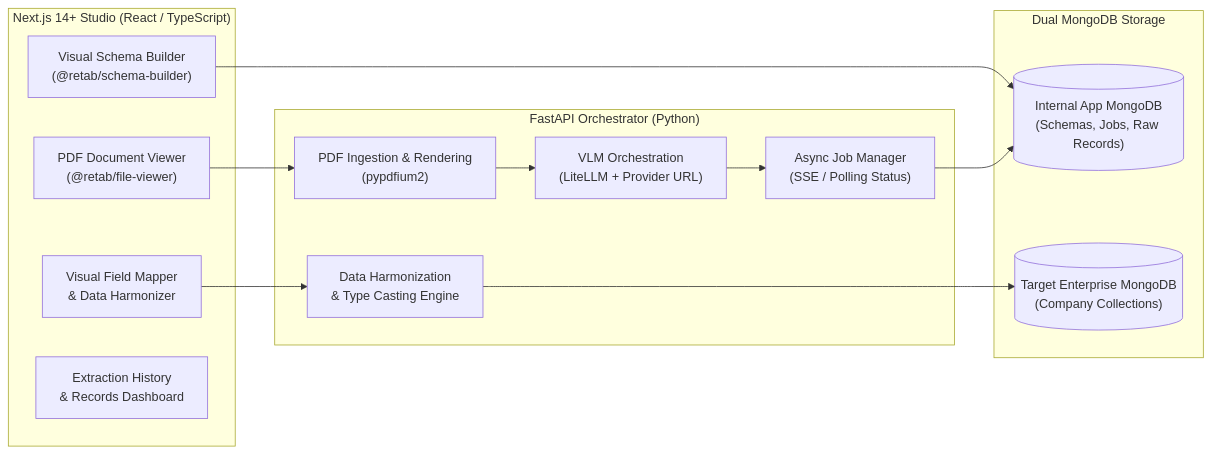
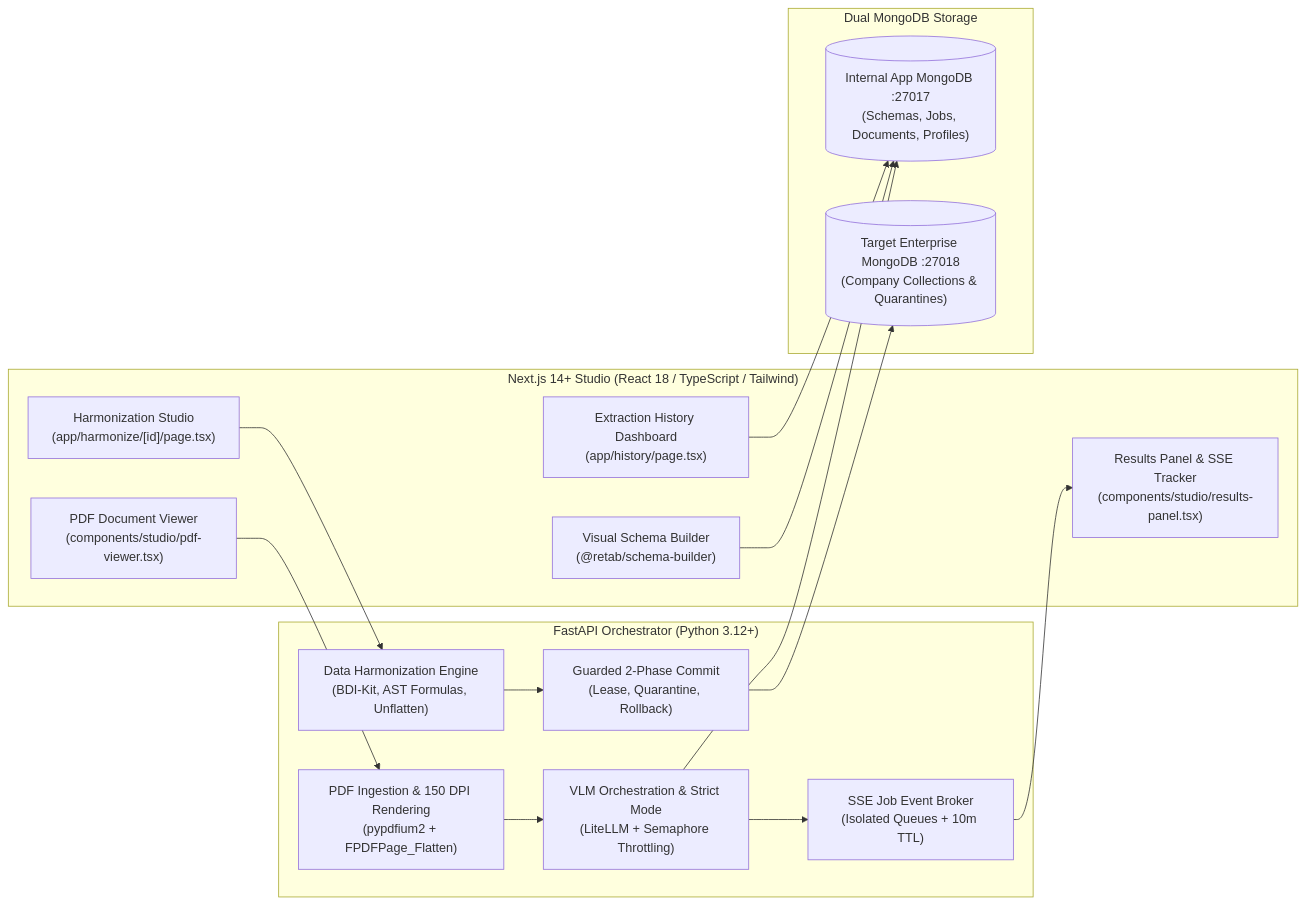
One commit to GianmarcoFossato/Hamon changed the first of 3 diagrams in docs/Master Architecture spec.md. Above: the diagram before and after it, drawn with Mermaid. The commit also changed other lines of this file and 38 other files, not shown here.

````diff
--- a/docs/Master Architecture spec.md
+++ b/docs/Master Architecture spec.md
@@ -7,29 +7,34 @@
 ```mermaid
 flowchart LR
-    subgraph Frontend["Next.js 14+ Studio (React / TypeScript)"]
-        UI_Viewer["PDF Document Viewer\n(@retab/file-viewer)"]
+    subgraph Frontend["Next.js 14+ Studio (React 18 / TypeScript / Tailwind)"]
+        UI_Viewer["PDF Document Viewer\n(components/studio/pdf-viewer.tsx)"]
         UI_Builder["Visual Schema Builder\n(@retab/schema-builder)"]
-        UI_Harmonizer["Visual Field Mapper\n& Data Harmonizer"]
-        UI_History["Extraction History\n& Records Dashboard"]
+        UI_Results["Results Panel & SSE Tracker\n(components/studio/results-panel.tsx)"]
+        UI_Harmonizer["Harmonization Studio\n(app/harmonize/[id]/page.tsx)"]
+        UI_History["Extraction History Dashboard\n(app/history/page.tsx)"]
     end
 
-    subgraph Backend["FastAPI Orchestrator (Python)"]
-        API_PDF["PDF Ingestion & Rendering\n(pypdfium2)"]
-        API_LLM["VLM Orchestration\n(LiteLLM + Provider URL)"]
-        API_Harmonize["Data Harmonization\n& Type Casting Engine"]
-        API_Queue["Async Job Manager\n(SSE / Polling Status)"]
+    subgraph Backend["FastAPI Orchestrator (Python 3.12+)"]
+        API_PDF["PDF Ingestion & 150 DPI Rendering\n(pypdfium2 + FPDFPage_Flatten)"]
+        API_LLM["VLM Orchestration & Strict Mode\n(LiteLLM + Semaphore Throttling)"]
+        API_SSE["SSE Job Event Broker\n(Isolated Queues + 10m TTL)"]
+        API_Harmonize["Data Harmonization Engine\n(BDI-Kit, AST Formulas, Unflatten)"]
+        API_Commit["Guarded 2-Phase Commit\n(Lease, Quarantine, Rollback)"]
     end
 
     subgraph Databases["Dual MongoDB Storage"]
-        AppDB[("Internal App MongoDB\n(Schemas, Jobs, Raw Records)")]
-        TargetDB[("Target Enterprise MongoDB\n(Company Collections)")]
+        AppDB[("Internal App MongoDB :27017\n(Schemas, Jobs, Documents, Profiles)")]
+        TargetDB[("Target Enterprise MongoDB :27018\n(Company Collections & Quarantines)")]
     end
 
     UI_Viewer --> API_PDF
     UI_Builder --> AppDB
     API_PDF --> API_LLM
-    API_LLM --> API_Queue
-    API_Queue --> AppDB
+    API_LLM --> API_SSE
+    API_SSE --> UI_Results
+    API_LLM --> AppDB
     UI_Harmonizer --> API_Harmonize
-    API_Harmonize --> TargetDB
+    API_Harmonize --> API_Commit
+    API_Commit --> TargetDB
+    UI_History --> AppDB
 ```
````
